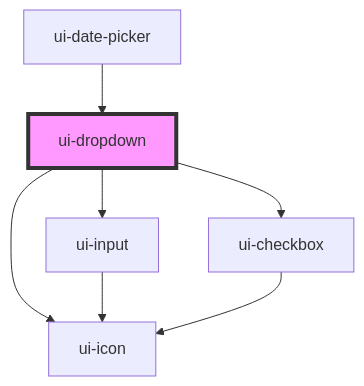
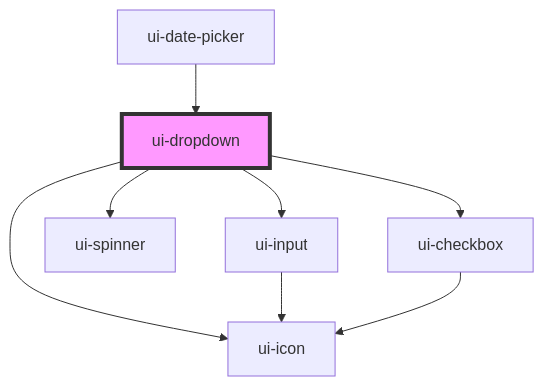
The diagram in ui-platform/packages/web-components/src/components/ui-dropdown/readme.md (karan-technous/web-componenets-custome-lib), drawn with Mermaid before and after one commit. The commit also changed other lines of this file and 6 other files, not shown here.

````diff
--- a/ui-platform/packages/web-components/src/components/ui-dropdown/readme.md
+++ b/ui-platform/packages/web-components/src/components/ui-dropdown/readme.md
@@ -59,10 +60,11 @@
 ```mermaid
 graph TD;
+  ui-dropdown --> ui-input
   ui-dropdown --> ui-icon
-  ui-dropdown --> ui-input
+  ui-dropdown --> ui-spinner
   ui-dropdown --> ui-checkbox
   ui-input --> ui-icon
   ui-checkbox --> ui-icon
   ui-date-picker --> ui-dropdown
   style ui-dropdown fill:#f9f,stroke:#333,stroke-width:4px
 ```
````
